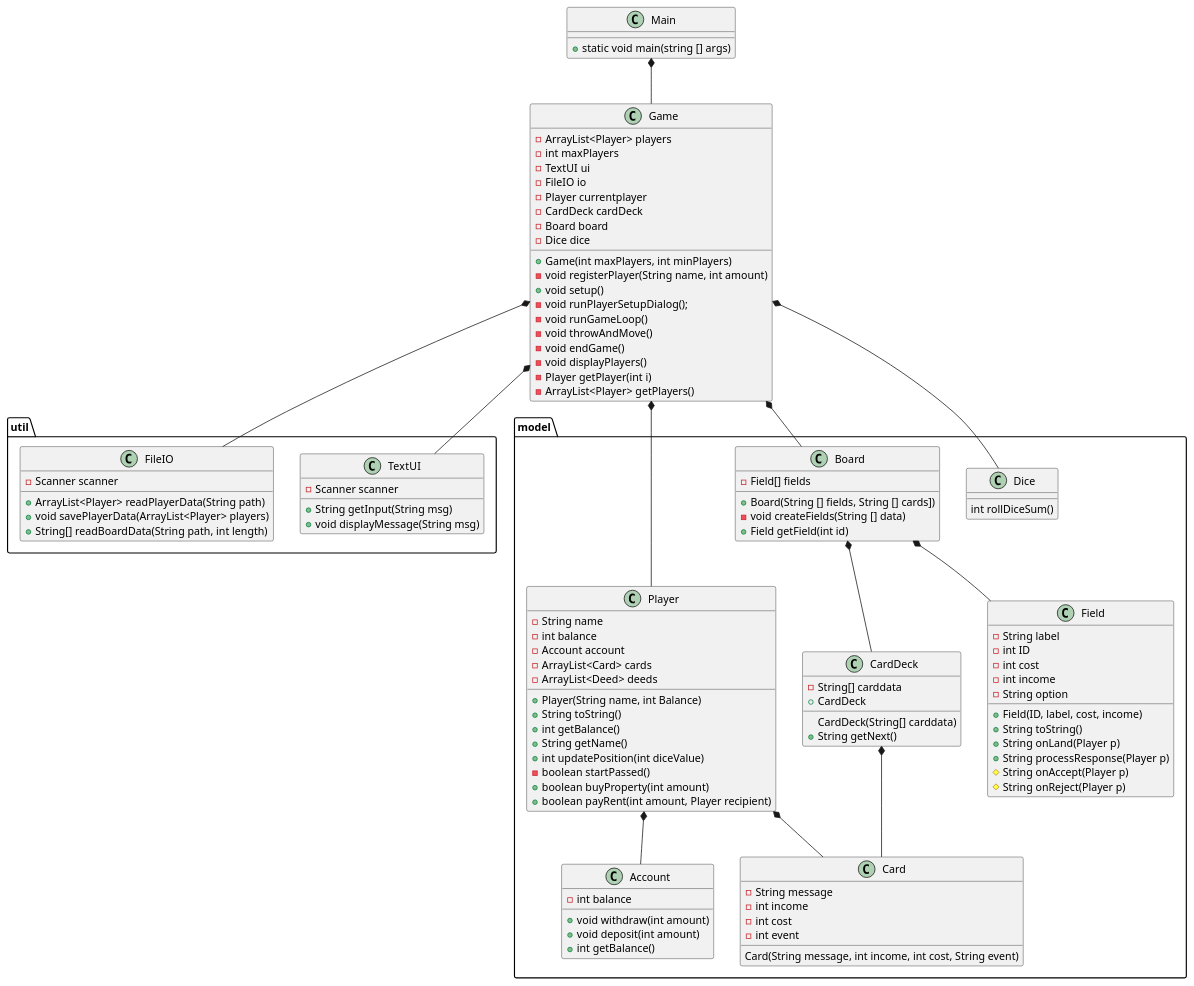
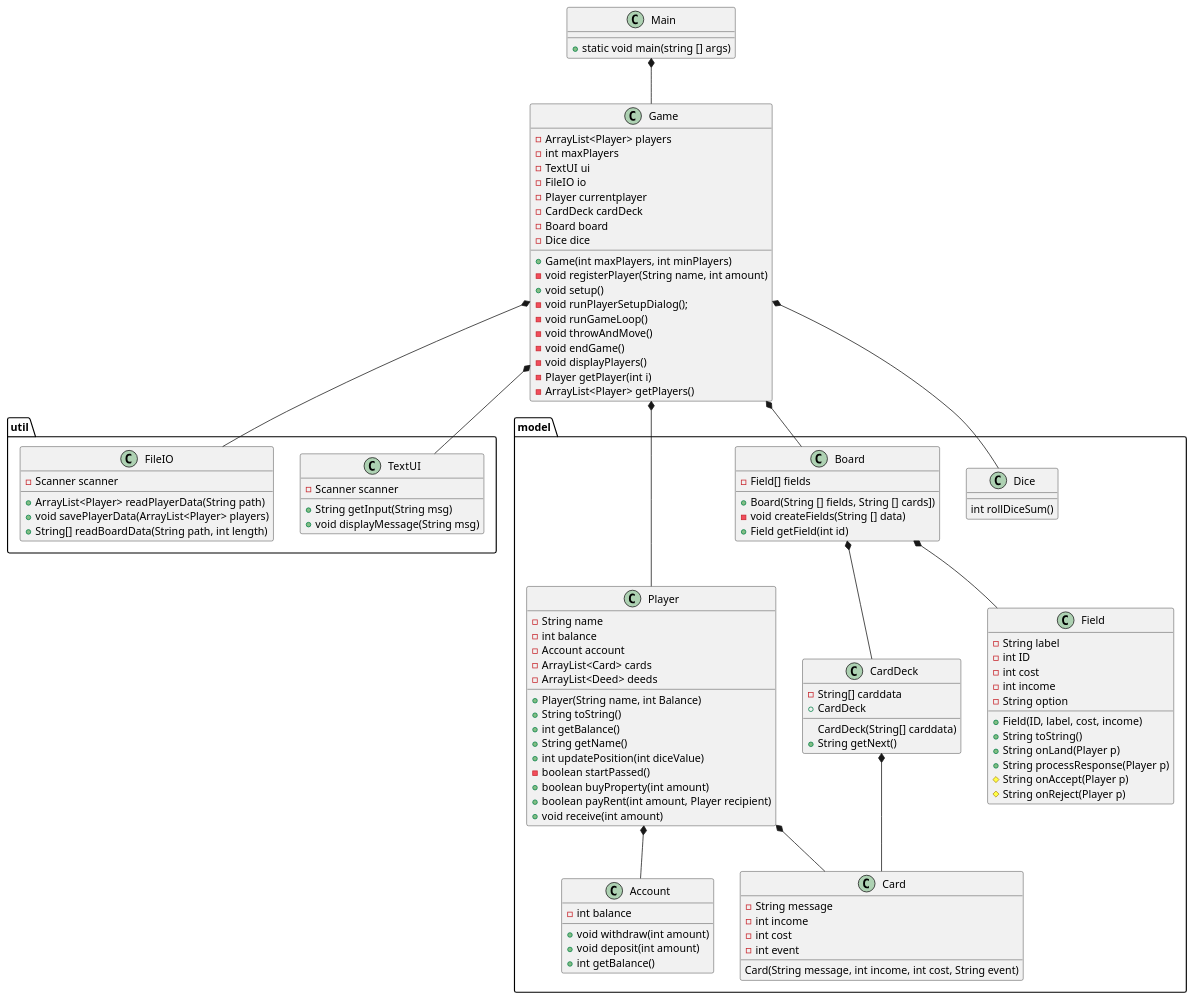
Before and after one commit to tessG/Monopoly24: the diagram in doc/classdiagram_4.puml, drawn with PlantUML.

Commit message:
recieve method

```diff
--- a/doc/classdiagram_4.puml
+++ b/doc/classdiagram_4.puml
@@ -1,119 +1,121 @@
 @startuml
 'Domænemodellen giver nye entity klasser
 'Pakker, model og util
 
 
 class Main
 class Game
 package "util"{
     class TextUI
     class FileIO
 }
 
 package "model"{
     class Player
     class Field
       class Dice
       class Account
       class CardDeck
        class Card
       class Board
 }
 
 Main *-- Game
 Game *-- TextUI
 Game *-- FileIO
 Game *-- Player
 Player *-- Account
 Player *-- Card
 Game *--Board
 Game *-- Dice
 Board *-- Field
 Board *-- CardDeck
 CardDeck *-- Card
 
 
 Main : + static void main(string [] args)
 
 Player  : - String name
 Player  : - int balance
 '---_new-----
 Player : - Account account
 Player : - ArrayList<Card> cards
 Player : - ArrayList<Deed> deeds
 '-----------
 Player  : + Player(String name, int Balance)
 Player  : + String toString()
 Player  : + int getBalance()
 Player : + String getName()
 '----new-----
-Player  : +int updatePosition(int diceValue)
+Player : +int updatePosition(int diceValue)
 Player : -boolean startPassed()
 Player : + boolean buyProperty(int amount)
 Player : + boolean payRent(int amount, Player recipient)
+Player : + void receive(int amount)
+
 '-----------
 Account :  - int balance
 Account  : + void withdraw(int amount)
 Account  : + void deposit(int amount)
 Account  : + int getBalance()
 
 Game : - ArrayList<Player> players
 Game : - int maxPlayers
 Game : - TextUI ui
 Game : - FileIO io
 Game : - Player currentplayer
 Game : - CardDeck cardDeck
 Game : - Board board
 Game : - Dice dice
 Game : + Game(int maxPlayers, int minPlayers)
 Game : - void registerPlayer(String name, int amount)
 Game : + void setup()
 Game : - void runPlayerSetupDialog();
 Game : - void runGameLoop()
 Game : - void throwAndMove()
 Game : - void endGame()
 Game : - void displayPlayers()
 Game : - Player getPlayer(int i)
 Game : - ArrayList<Player> getPlayers()
 
 TextUI : + String getInput(String msg)
 TextUI : - Scanner scanner
 TextUI : + void displayMessage(String msg)
 
 
 FileIO : - Scanner scanner
 FileIO : + ArrayList<Player> readPlayerData(String path)
 FileIO : + void savePlayerData(ArrayList<Player> players)
 FileIO : + String[] readBoardData(String path, int length)
 
 Field : - String label
 Field : - int ID
 Field : - int cost
 Field : - int income
 Field : - String option
 Field : + Field(ID, label, cost, income)
 Field : + String toString()
 Field : + String onLand(Player p)
 Field : + String processResponse(Player p)
 Field : # String onAccept(Player p)
 Field : # String onReject(Player p)
 
 
 Board : - Field[] fields
 Board : + Board(String [] fields, String [] cards])
 Board : - void createFields(String [] data)
 Board : + Field getField(int id)
 
 CardDeck : - String[] carddata
 CardDeck : + CardDeck
 CardDeck : CardDeck(String[] carddata)
 CardDeck : + String getNext()
 
 Card : -String message
 Card : -int income
 Card : -int cost
 Card : -int event
 Card : Card(String message, int income, int cost, String event)
 
 Dice : int rollDiceSum()
 @enduml
```
